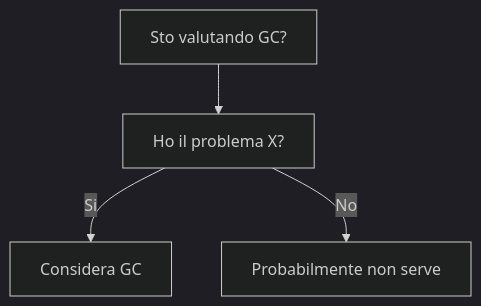
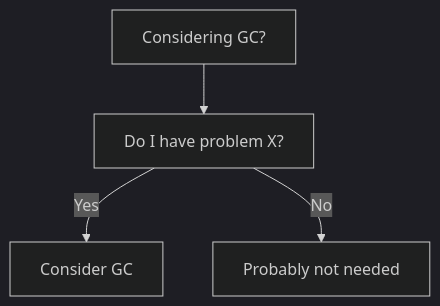
One commit to HxT9/Software-Dev-Wiki changed the diagram in dev-wiki/14_Languages/Java/GC/When_To_Use.md. Above: the diagram before and after it, drawn with Mermaid (dark theme). The commit also changed other lines of this file and 3444 other files, not shown here.

````diff
--- a/dev-wiki/14_Languages/Java/GC/When_To_Use.md
+++ b/dev-wiki/14_Languages/Java/GC/When_To_Use.md
@@ -19,6 +19,6 @@
 ```mermaid
 flowchart TD
-  Q[Sto valutando GC?] --> Q1[Ho il problema X?]
-  Q1 -->|Si| OK[Considera GC]
-  Q1 -->|No| NO[Probabilmente non serve]
+  Q[Considering GC?] --> Q1[Do I have problem X?]
+  Q1 -->|Yes| OK[Consider GC]
+  Q1 -->|No| NO[Probably not needed]
 ```
````
